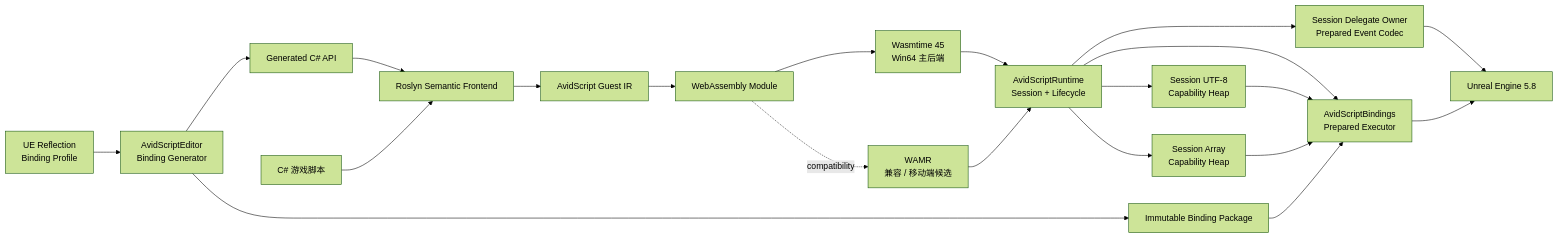
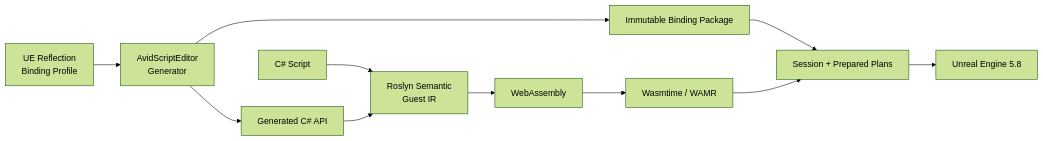
Before and after one commit to Avidel-zzz/AvidScript: the diagram in README.md, drawn with Mermaid (forest theme). The commit also changed other lines of this file, not shown here.

````diff
--- a/README.md
+++ b/README.md
@@ -518,25 +103,13 @@
 ```mermaid
 flowchart LR
-    Reflection["UE Reflection<br/>Binding Profile"] --> Generator["AvidScriptEditor<br/>Binding Generator"]
+    Reflection["UE Reflection<br/>Binding Profile"] --> Generator["AvidScriptEditor<br/>Generator"]
     Generator --> API["Generated C# API"]
     Generator --> Package["Immutable Binding Package"]
-
-    Script["C# 游戏脚本"] --> Roslyn["Roslyn Semantic Frontend"]
-    API --> Roslyn
-    Roslyn --> IR["AvidScript Guest IR"]
-    IR --> Wasm["WebAssembly Module"]
-
-    Wasm --> Wasmtime["Wasmtime 45<br/>Win64 主后端"]
-    Wasm -. compatibility .-> WAMR["WAMR<br/>兼容 / 移动端候选"]
-    Wasmtime --> Runtime["AvidScriptRuntime<br/>Session + Lifecycle"]
-    WAMR --> Runtime
-    Runtime --> Events["Session Delegate Owner<br/>Prepared Event Codec"]
-    Runtime --> Executor["AvidScriptBindings<br/>Prepared Executor"]
-    Runtime --> Utf8Heap["Session UTF-8<br/>Capability Heap"]
-    Runtime --> ArrayHeap["Session Array<br/>Capability Heap"]
-    Package --> Executor
-    Utf8Heap --> Executor
-    ArrayHeap --> Executor
-    Events --> UE
-    Executor --> UE["Unreal Engine 5.8"]
+    Script["C# Script"] --> Semantic["Roslyn Semantic<br/>Guest IR"]
+    API --> Semantic
+    Semantic --> Wasm["WebAssembly"]
+    Wasm --> VM["Wasmtime / WAMR"]
+    Package --> Runtime["Session + Prepared Plans"]
+    VM --> Runtime
+    Runtime --> UE["Unreal Engine 5.8"]
 ```
````
